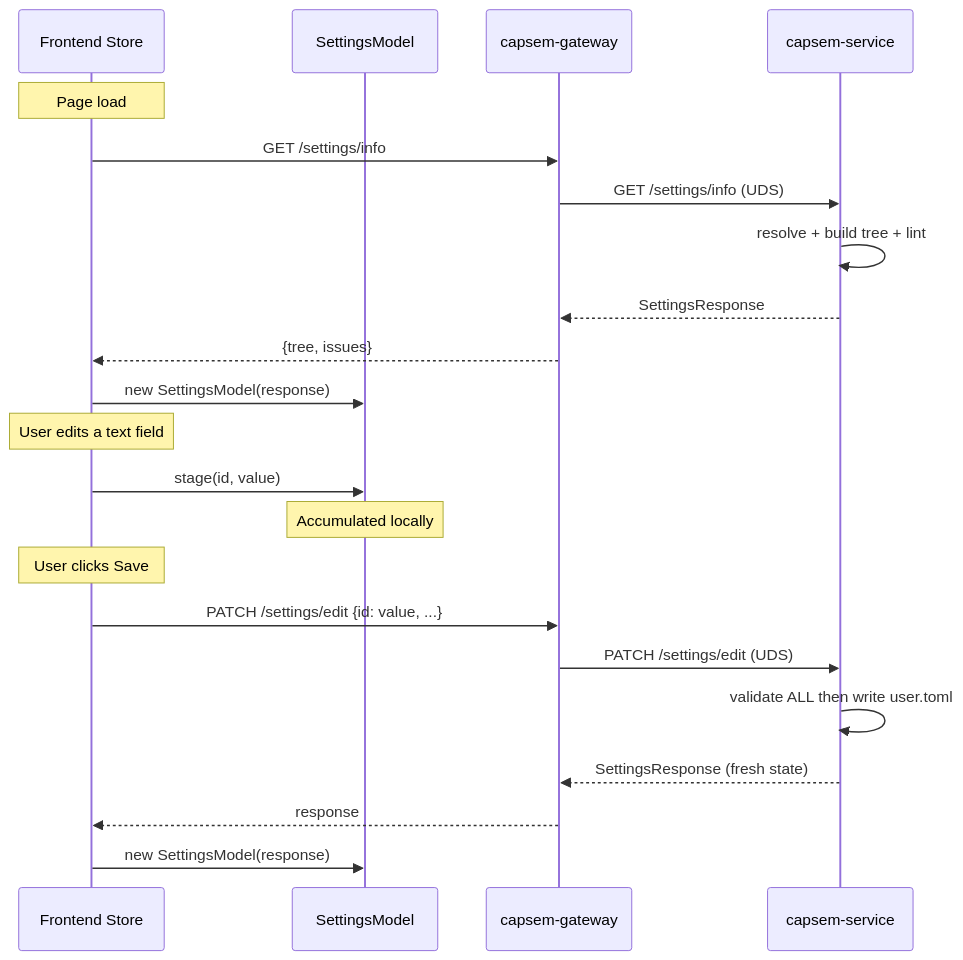
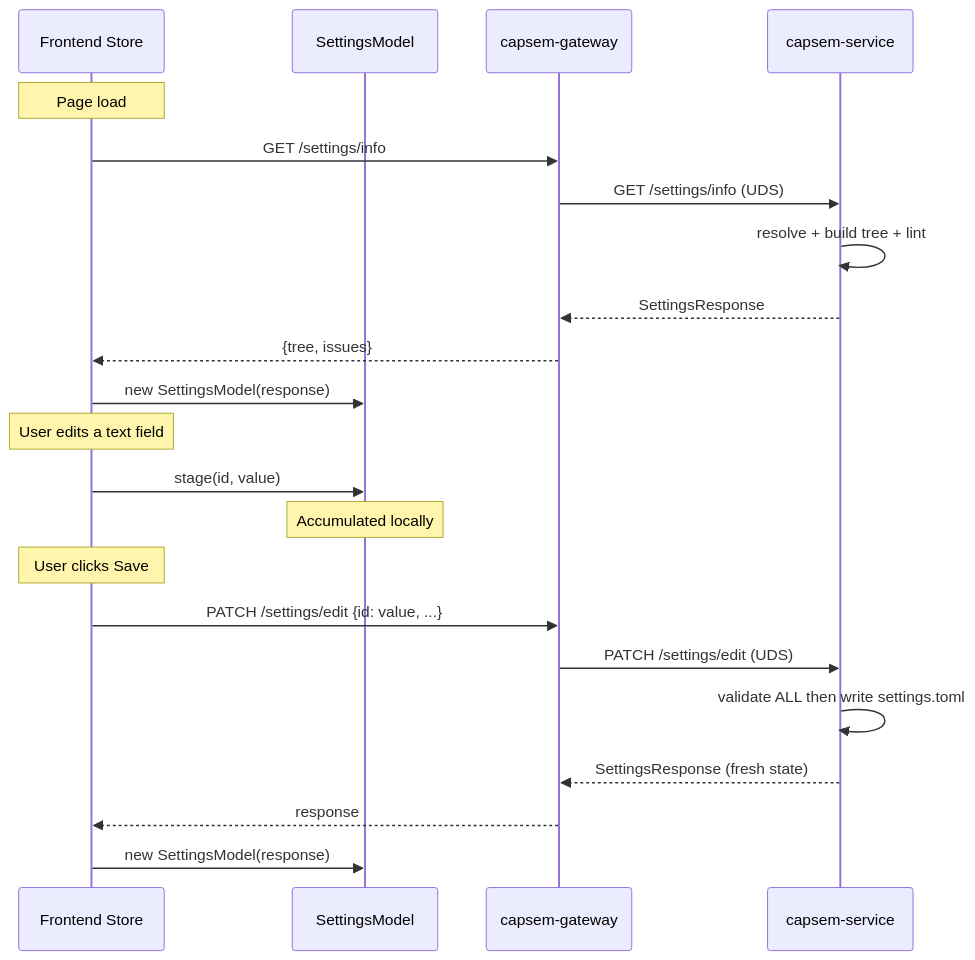
The third of 6 diagrams in docs/src/content/docs/architecture/settings.md (google/capsem), drawn with Mermaid before and after one commit. The commit also changed other lines of this file and 27 other files, not shown here.

Commit message:
docs: align architecture with 1.3 contract

````diff
--- a/docs/src/content/docs/architecture/settings.md
+++ b/docs/src/content/docs/architecture/settings.md
@@ -142,27 +142,27 @@
 ```mermaid
 sequenceDiagram
   participant UI as Frontend Store
   participant M as SettingsModel
   participant GW as capsem-gateway
   participant SVC as capsem-service
 
   Note over UI: Page load
   UI->>GW: GET /settings/info
   GW->>SVC: GET /settings/info (UDS)
   SVC->>SVC: resolve + build tree + lint
   SVC-->>GW: SettingsResponse
   GW-->>UI: {tree, issues}
   UI->>M: new SettingsModel(response)
 
   Note over UI: User edits a text field
   UI->>M: stage(id, value)
   Note over M: Accumulated locally
 
   Note over UI: User clicks Save
   UI->>GW: PATCH /settings/edit {id: value, ...}
   GW->>SVC: PATCH /settings/edit (UDS)
-  SVC->>SVC: validate ALL then write user.toml
+  SVC->>SVC: validate ALL then write settings.toml
   SVC-->>GW: SettingsResponse (fresh state)
   GW-->>UI: response
   UI->>M: new SettingsModel(response)
 ```
````
